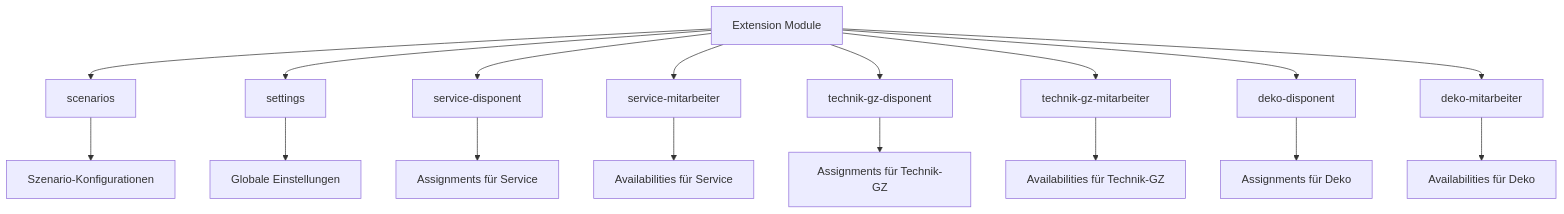
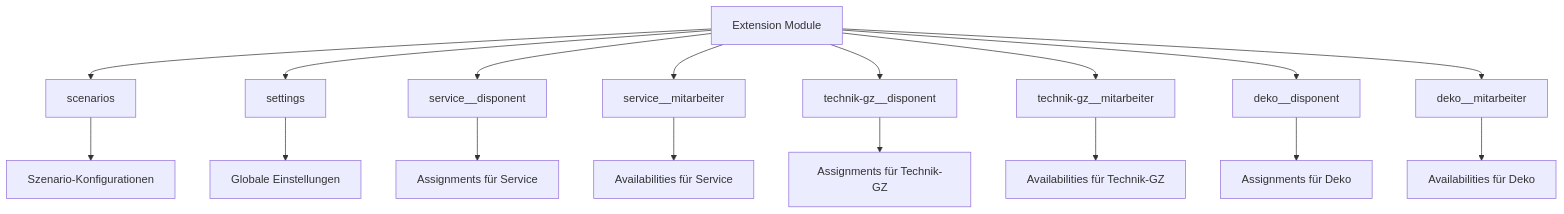
The third of 12 diagrams in docs/planning-scenarios.md (bwl21/bwl-dienstplanung), drawn with Mermaid before and after one commit. The commit also changed other lines of this file and 1 other file, not shown here.

````diff
--- a/docs/planning-scenarios.md
+++ b/docs/planning-scenarios.md
@@ -66,20 +66,20 @@
 ```mermaid
 graph TD
     A[Extension Module] --> B[scenarios]
     A --> C[settings]
-    A --> D[service-disponent]
-    A --> E[service-mitarbeiter]
-    A --> F[technik-gz-disponent]
-    A --> G[technik-gz-mitarbeiter]
-    A --> H[deko-disponent]
-    A --> I[deko-mitarbeiter]
+    A --> D[service__disponent]
+    A --> E[service__mitarbeiter]
+    A --> F[technik-gz__disponent]
+    A --> G[technik-gz__mitarbeiter]
+    A --> H[deko__disponent]
+    A --> I[deko__mitarbeiter]
     
     B --> B1[Szenario-Konfigurationen]
     C --> C1[Globale Einstellungen]
     D --> D1[Assignments für Service]
     E --> E1[Availabilities für Service]
     F --> F1[Assignments für Technik-GZ]
     G --> G1[Availabilities für Technik-GZ]
     H --> H1[Assignments für Deko]
     I --> I1[Availabilities für Deko]
 ```
````
